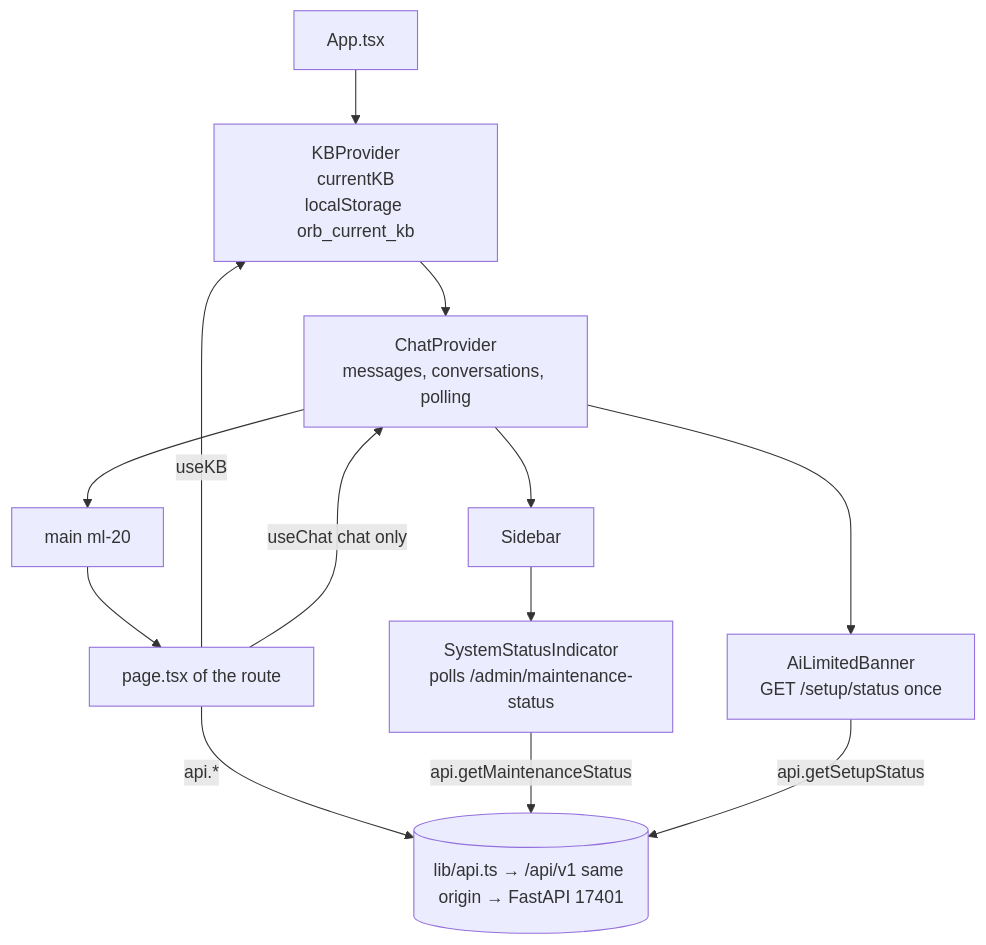
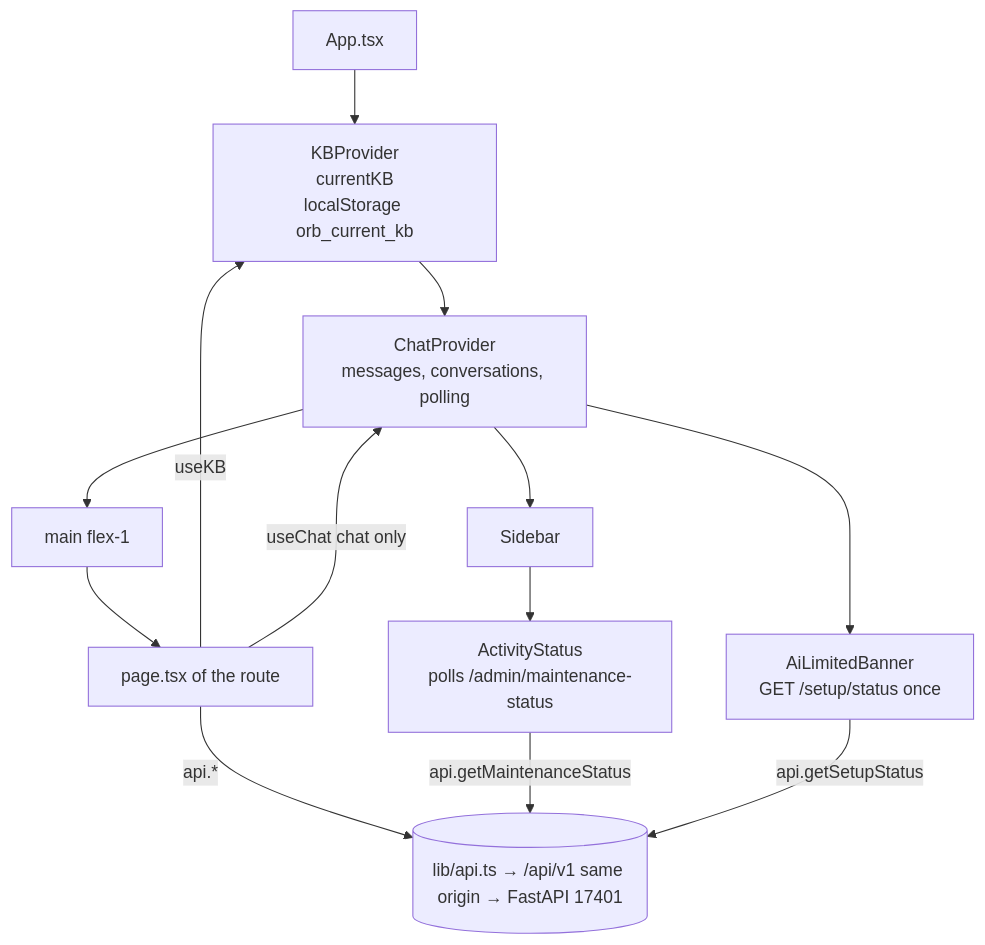
One commit to josetseph/Orb changed the first of 2 diagrams in Docs/18-frontend-architecture.md. Above: the diagram before and after it, drawn with Mermaid. The commit also changed other lines of this file and 35 other files, not shown here.

````diff
--- a/Docs/18-frontend-architecture.md
+++ b/Docs/18-frontend-architecture.md
@@ -318,15 +339,15 @@
 ```mermaid
 flowchart TD
   L[App.tsx] --> KB[KBProvider<br/>currentKB<br/>localStorage orb_current_kb]
   KB --> CH[ChatProvider<br/>messages, conversations, polling]
   CH --> S[Sidebar]
-  S --> SSI[SystemStatusIndicator<br/>polls /admin/maintenance-status]
-  CH --> M[main ml-20]
+  S --> SSI[ActivityStatus<br/>polls /admin/maintenance-status]
+  CH --> M[main flex-1]
   M --> P[page.tsx of the route]
   CH --> B[AiLimitedBanner<br/>GET /setup/status once]
   P -->|useKB| KB
   P -->|useChat chat only| CH
   P -->|api.*| API[(lib/api.ts → /api/v1 same origin → FastAPI 17401)]
   SSI -->|api.getMaintenanceStatus| API
   B -->|api.getSetupStatus| API
 ```
````
